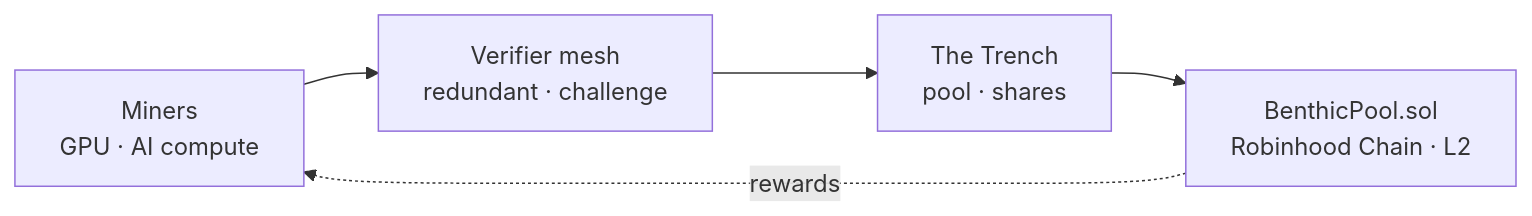
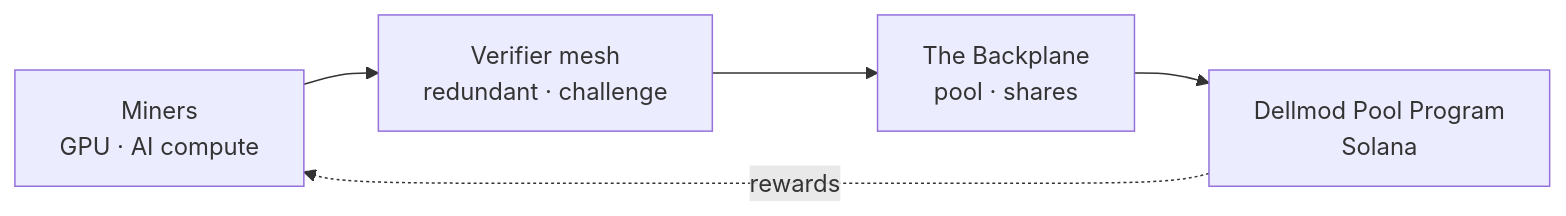
One commit to dellmodrun/Dellmod changed the diagram in README.md. Above: the diagram before and after it, drawn with Mermaid. The commit also changed other lines of this file and 14 other files, not shown here.

Commit message:
Rebrand project as Dellmod on Solana

````diff
--- a/README.md
+++ b/README.md
@@ -105,7 +104,7 @@
 ```mermaid
 flowchart LR
     M["Miners<br/>GPU · AI compute"] --> V["Verifier mesh<br/>redundant · challenge"]
-    V --> P["The Trench<br/>pool · shares"]
-    P --> C["BenthicPool.sol<br/>Robinhood Chain · L2"]
+    V --> P["The Backplane<br/>pool · shares"]
+    P --> C["Dellmod Pool Program<br/>Solana"]
     C -. rewards .-> M
 ```
````
